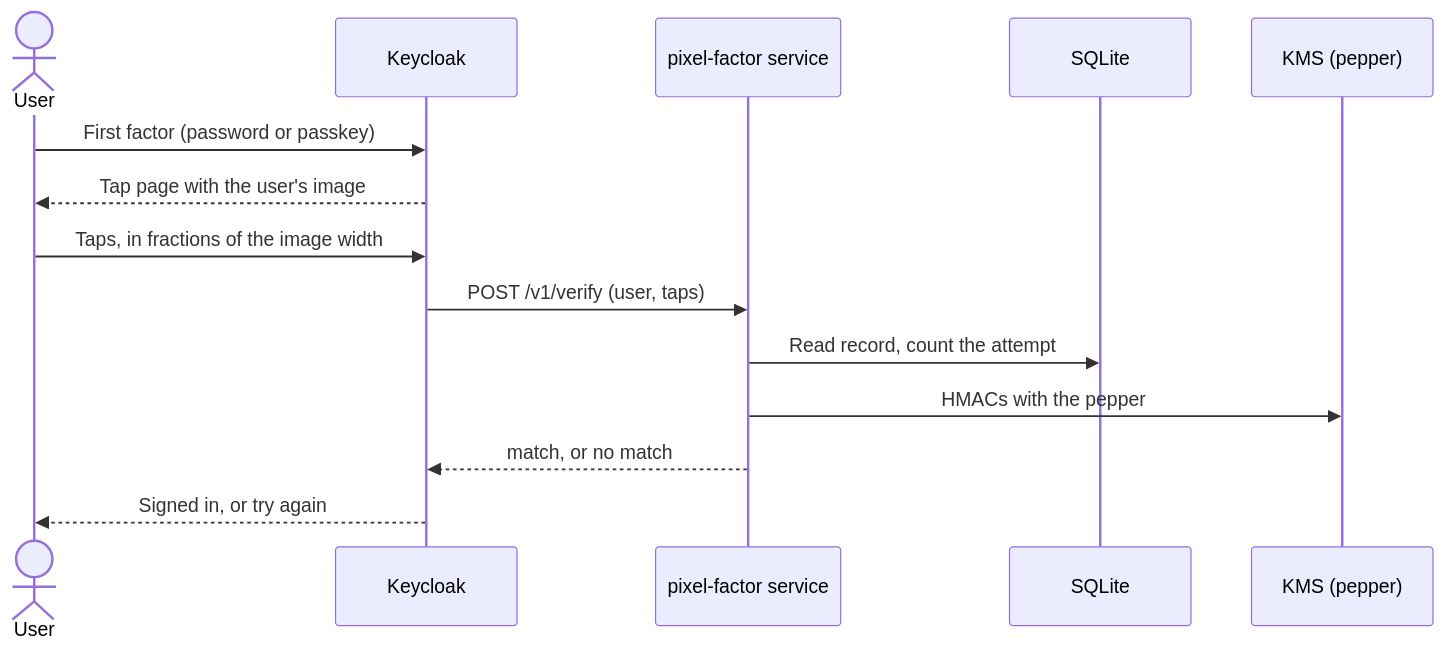
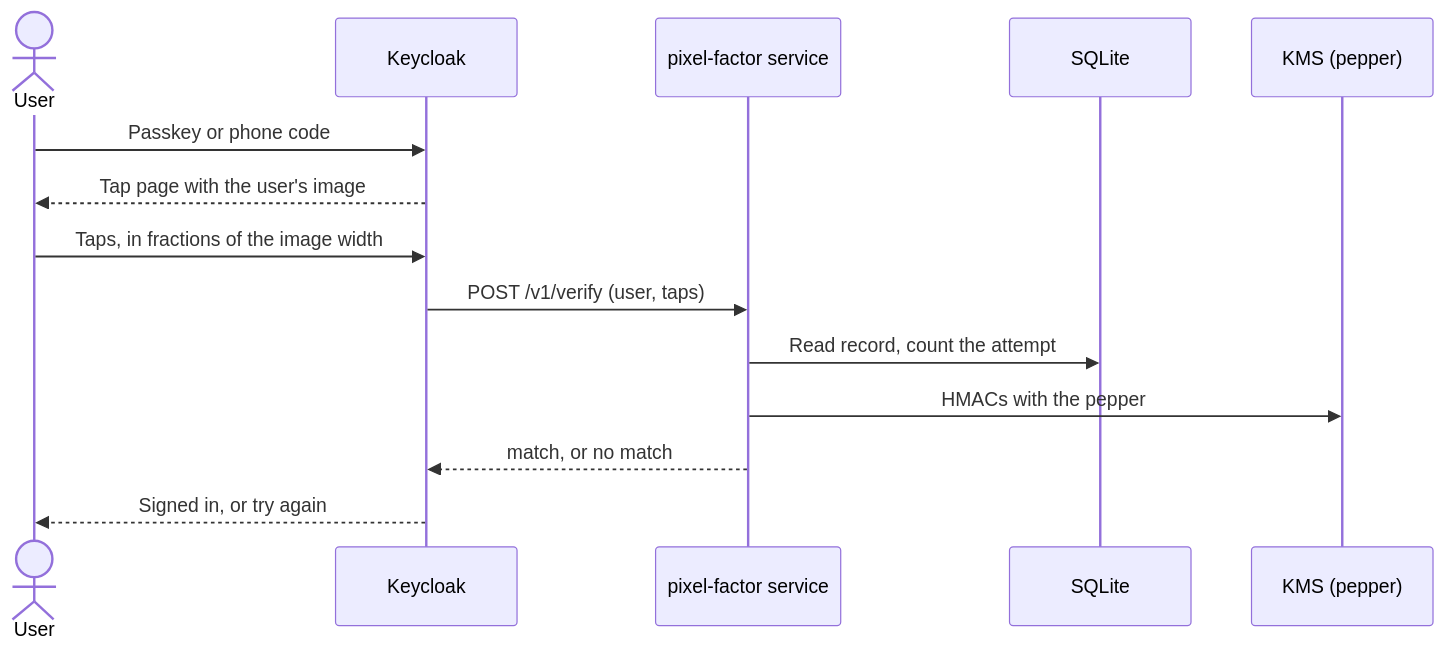
Before and after one commit to Jodre11/pixel-factor: the third of 3 diagrams in docs/HOW-IT-WORKS.md, drawn with Mermaid. The commit also changed other lines of this file and 3 other files, not shown here.

Commit message:
Put the possession factor before the tap step, not a password

````diff
--- a/docs/HOW-IT-WORKS.md
+++ b/docs/HOW-IT-WORKS.md
@@ -103,17 +103,17 @@
 ```mermaid
 sequenceDiagram
     actor U as User
     participant K as Keycloak
     participant S as pixel-factor service
     participant DB as SQLite
     participant KMS as KMS (pepper)
 
-    U->>K: First factor (password or passkey)
+    U->>K: Passkey or phone code
     K-->>U: Tap page with the user's image
     U->>K: Taps, in fractions of the image width
     K->>S: POST /v1/verify (user, taps)
     S->>DB: Read record, count the attempt
     S->>KMS: HMACs with the pepper
     S-->>K: match, or no match
     K-->>U: Signed in, or try again
 ```
````
